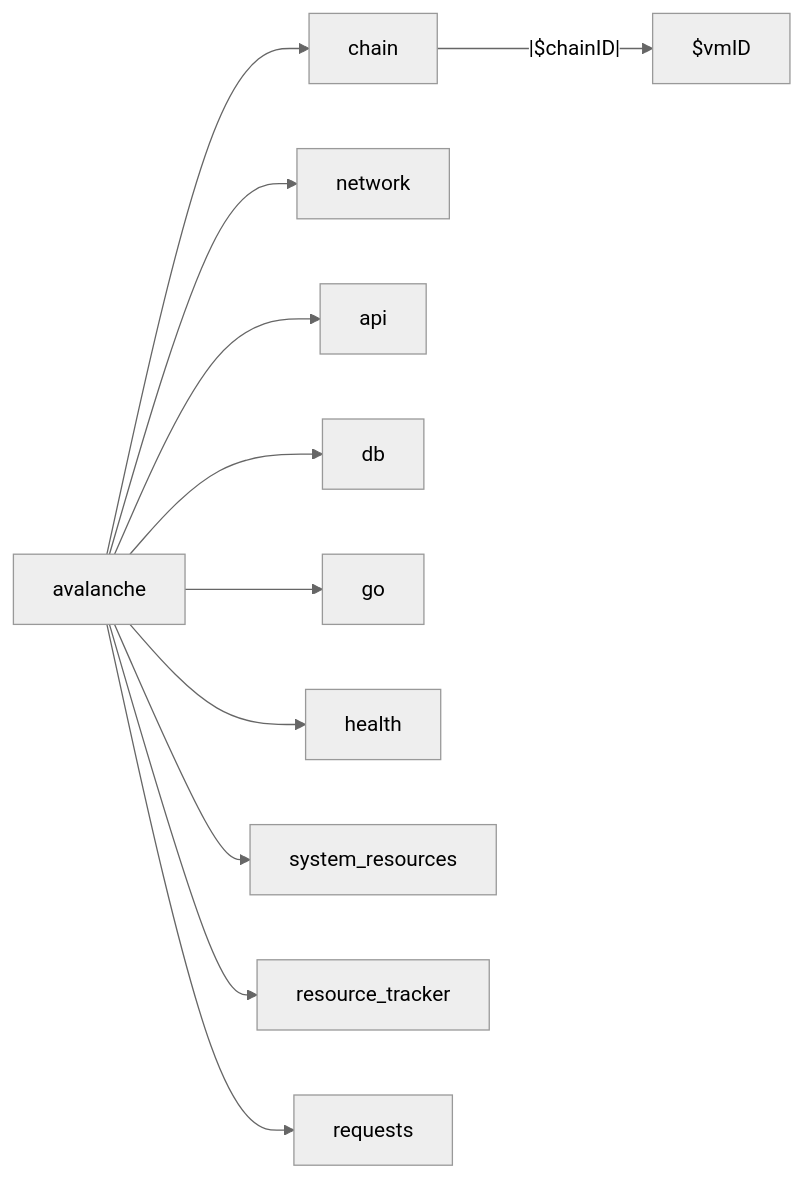
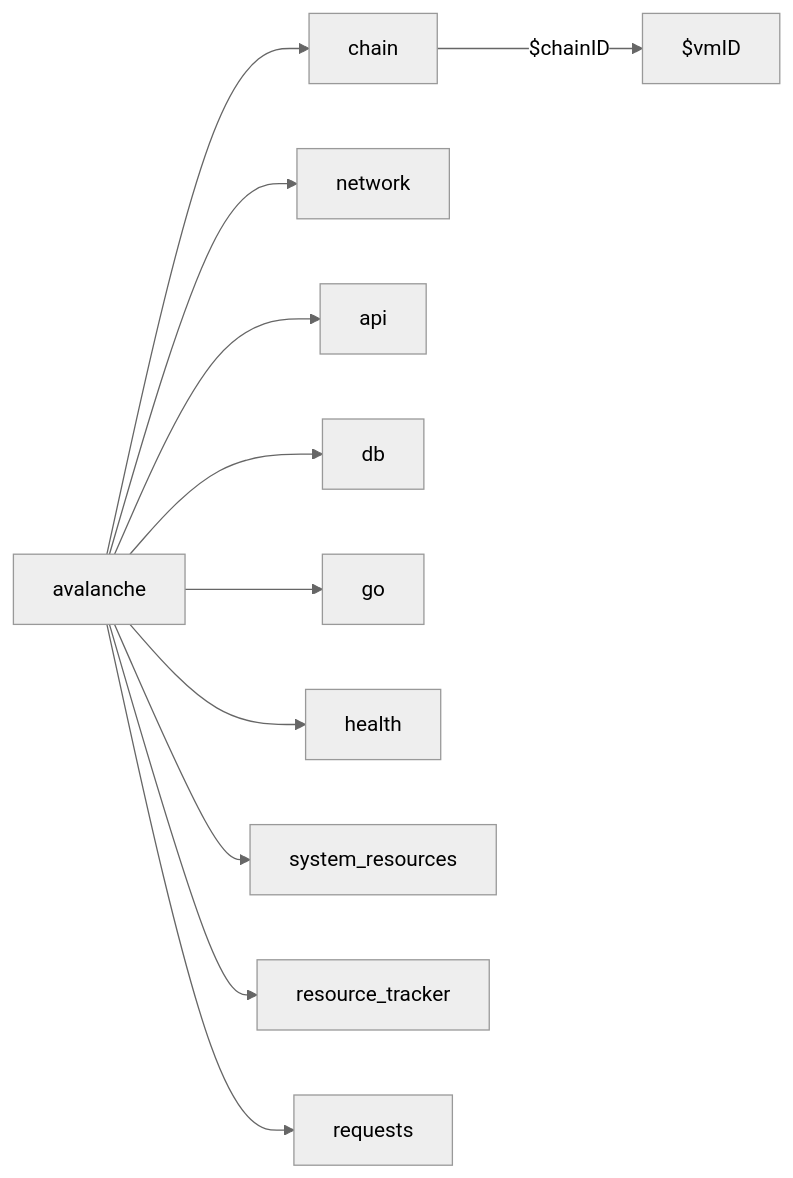
The diagram in api/metrics/README.md (ava-labs/avalanchego), drawn with Mermaid (neutral theme) before and after one commit.

````diff
--- a/api/metrics/README.md
+++ b/api/metrics/README.md
@@ -3,13 +3,13 @@
 ```mermaid
 graph LR
     A[avalanche] --> B[chain]
     A --> C[network]
     A --> D[api]
     A --> E[db]
     A --> F[go]
     A --> G[health]
     A --> H[system_resources]
     A --> I[resource_tracker]
     A --> J[requests]
-    B -- |$chainID| --> K[$vmID]
+    B -- $chainID --> K[$vmID]
 ```
````
